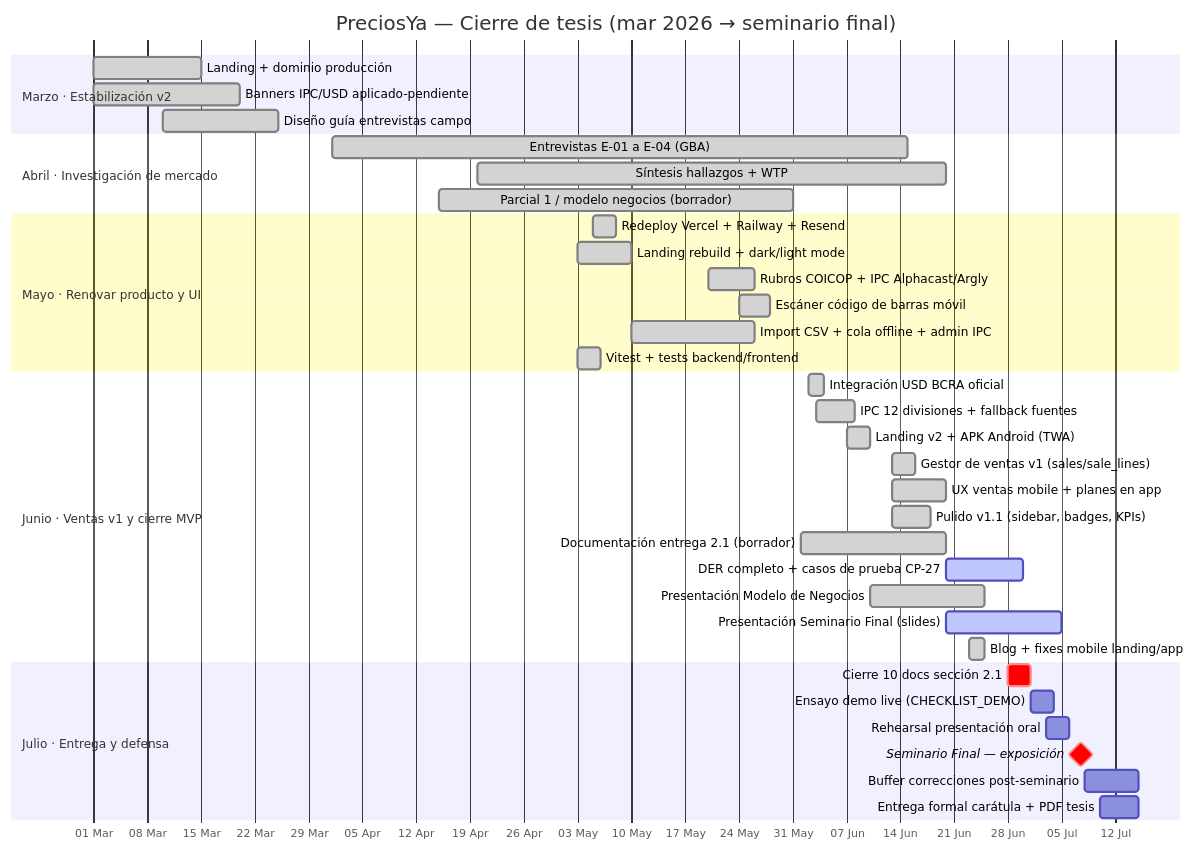
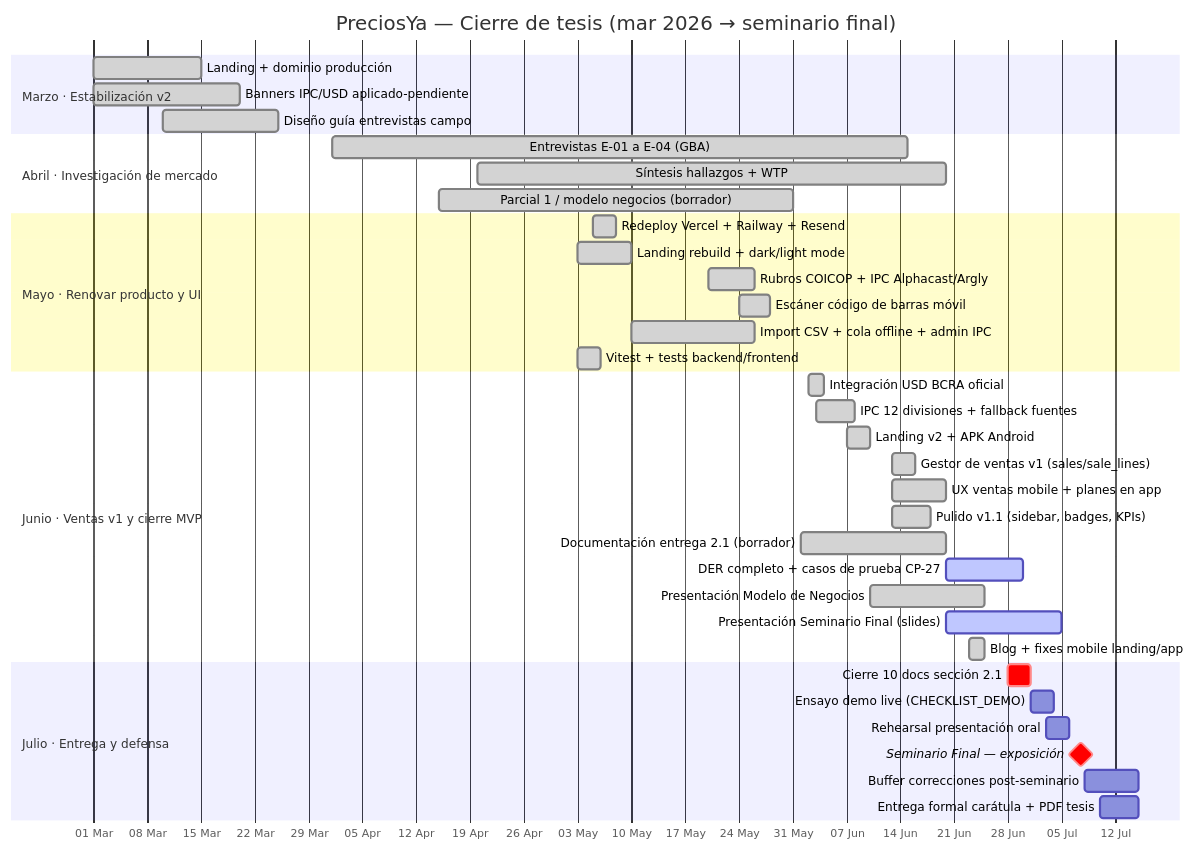
The first of 2 diagrams in docs/entrega/GANTT.md (ELautax/PreciosYa), drawn with Mermaid before and after one commit. The commit also changed other lines of this file and 51 other files, not shown here.

````diff
--- a/docs/entrega/GANTT.md
+++ b/docs/entrega/GANTT.md
@@ -13,45 +13,45 @@
 ```mermaid
 gantt
   title PreciosYa — Cierre de tesis (mar 2026 → seminario final)
   dateFormat YYYY-MM-DD
   axisFormat %d %b
 
   section Marzo · Estabilización v2
   Landing + dominio producción           :done, mar1, 2026-03-01, 2026-03-15
   Banners IPC/USD aplicado-pendiente     :done, mar2, 2026-03-01, 2026-03-20
   Diseño guía entrevistas campo          :done, mar3, 2026-03-10, 2026-03-25
 
   section Abril · Investigación de mercado
   Entrevistas E-01 a E-04 (GBA)          :done, abr1, 2026-04-01, 2026-06-15
   Síntesis hallazgos + WTP               :done, abr2, 2026-04-20, 2026-06-20
   Parcial 1 / modelo negocios (borrador) :done, abr3, 2026-04-15, 2026-05-31
 
   section Mayo · Renovar producto y UI
   Redeploy Vercel + Railway + Resend     :done, may1, 2026-05-05, 2026-05-08
   Landing rebuild + dark/light mode      :done, may2, 2026-05-03, 2026-05-10
   Rubros COICOP + IPC Alphacast/Argly    :done, may3, 2026-05-20, 2026-05-26
   Escáner código de barras móvil         :done, may4, 2026-05-24, 2026-05-28
   Import CSV + cola offline + admin IPC  :done, may5, 2026-05-10, 2026-05-26
   Vitest + tests backend/frontend        :done, may6, 2026-05-03, 2026-05-06
 
   section Junio · Ventas v1 y cierre MVP
   Integración USD BCRA oficial           :done, jun1, 2026-06-02, 2026-06-04
   IPC 12 divisiones + fallback fuentes   :done, jun2, 2026-06-03, 2026-06-08
-  Landing v2 + APK Android (TWA)         :done, jun3, 2026-06-07, 2026-06-10
+  Landing v2 + APK Android         :done, jun3, 2026-06-07, 2026-06-10
   Gestor de ventas v1 (sales/sale_lines) :done, jun4, 2026-06-13, 2026-06-16
   UX ventas mobile + planes en app       :done, jun5, 2026-06-13, 2026-06-20
   Pulido v1.1 (sidebar, badges, KPIs)    :done, jun6, 2026-06-13, 2026-06-18
   Documentación entrega 2.1 (borrador)   :done, jun7, 2026-06-01, 2026-06-20
   DER completo + casos de prueba CP-27   :active, jun8, 2026-06-20, 2026-06-30
   Presentación Modelo de Negocios        :done, jun9, 2026-06-10, 2026-06-25
   Presentación Seminario Final (slides)  :active, jun10, 2026-06-20, 2026-07-05
   Blog + fixes mobile landing/app        :done, jun11, 2026-06-23, 2026-06-25
 
   section Julio · Entrega y defensa
   Cierre 10 docs sección 2.1             :crit, jul1, 2026-06-28, 2026-07-01
   Ensayo demo live (CHECKLIST_DEMO)      :jul2, 2026-07-01, 2026-07-04
   Rehearsal presentación oral            :jul3, 2026-07-03, 2026-07-06
   Seminario Final — exposición             :milestone, crit, jul4, 2026-07-07, 1d
   Buffer correcciones post-seminario     :jul5, 2026-07-08, 2026-07-15
   Entrega formal carátula + PDF tesis    :jul6, 2026-07-10, 2026-07-15
 ```
````
